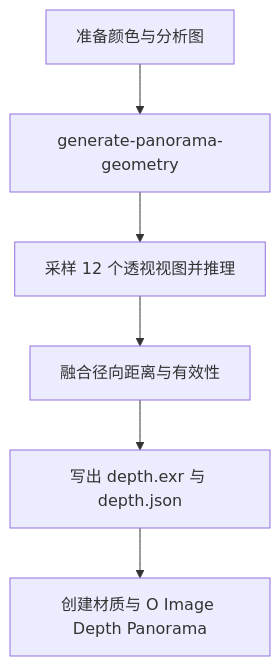
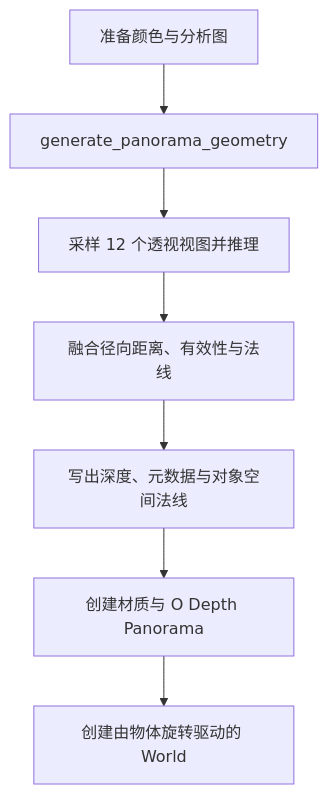
The diagram in docs/develop/operators/convert-to-panorama.md (OmooLab/AnyImage), drawn with Mermaid before and after one commit. The commit also changed other lines of this file and 168 other files, not shown here.

First line of the commit message:
Add tests for image processing and panorama functionality

````diff
--- a/docs/develop/operators/convert-to-panorama.md
+++ b/docs/develop/operators/convert-to-panorama.md
@@ -5,8 +5,9 @@
 ```mermaid
 flowchart TD
-    A[准备颜色与分析图] --> B[generate-panorama-geometry]
+    A[准备颜色与分析图] --> B[generate_panorama_geometry]
     B --> C[采样 12 个透视视图并推理]
-    C --> D[融合径向距离与有效性]
-    D --> E[写出 depth.exr 与 depth.json]
-    E --> F[创建材质与 O Image Depth Panorama]
+    C --> D[融合径向距离、有效性与法线]
+    D --> E[写出深度、元数据与对象空间法线]
+    E --> F[创建材质与 O Depth Panorama]
+    F --> G[创建由物体旋转驱动的 World]
 ```
````
